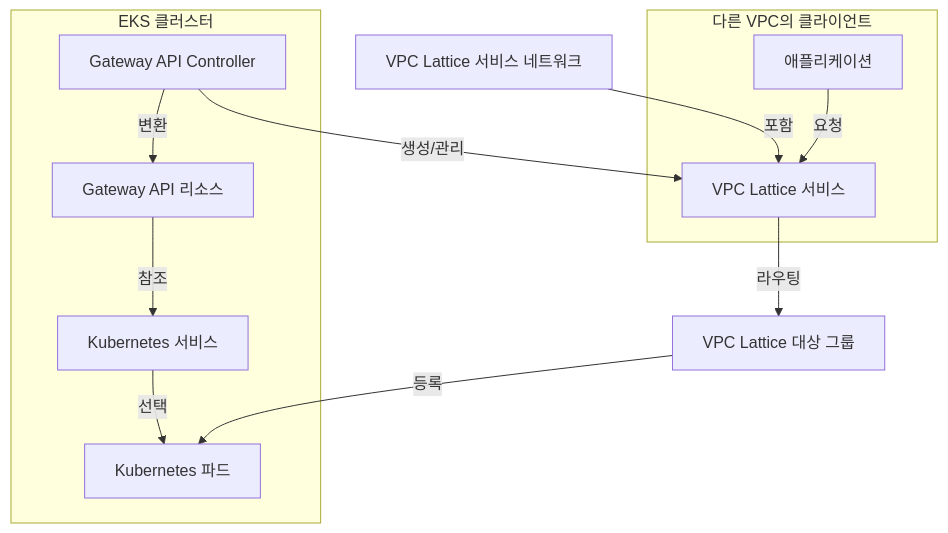
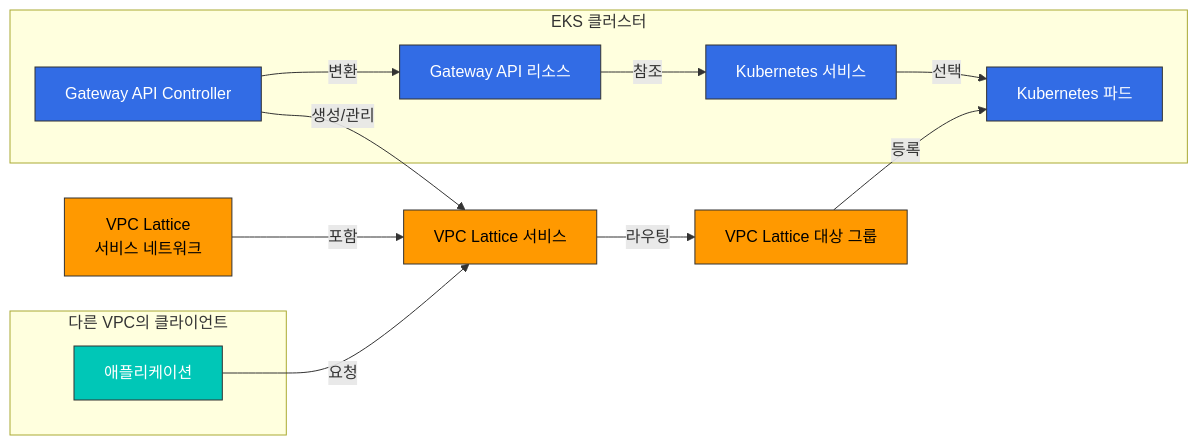
One commit to Atom-oh/kubernetes-docs changed the fourth of 4 diagrams in tools/09-vpc-lattice.md. Above: the diagram before and after it, drawn with Mermaid. The commit also changed other lines of this file and 73 other files, not shown here.

Commit message:
add diagrams

````diff
--- a/tools/09-vpc-lattice.md
+++ b/tools/09-vpc-lattice.md
@@ -239,18 +231,38 @@
 ```mermaid
-graph TD
-    subgraph "EKS 클러스터"
-        A[Gateway API Controller] -->|변환| B[Gateway API 리소스]
-        B -->|참조| C[Kubernetes 서비스]
-        C -->|선택| D[Kubernetes 파드]
+flowchart LR
+    subgraph EKS["EKS 클러스터"]
+        A[Gateway API Controller]
+        B[Gateway API 리소스]
+        C[Kubernetes 서비스]
+        D[Kubernetes 파드]
+
+        A -->|변환| B
+        B -->|참조| C
+        C -->|선택| D
     end
-    
-    A -->|생성/관리| E[VPC Lattice 서비스]
-    E -->|라우팅| F[VPC Lattice 대상 그룹]
+
+    subgraph Client["다른 VPC의 클라이언트"]
+        H[애플리케이션]
+    end
+
+    G[VPC Lattice<br/>서비스 네트워크]
+    E[VPC Lattice 서비스]
+    F[VPC Lattice 대상 그룹]
+
+    A -->|생성/관리| E
+    E -->|라우팅| F
     F -->|등록| D
-    
-    G[VPC Lattice 서비스 네트워크] -->|포함| E
-    
-    subgraph "다른 VPC의 클라이언트"
-        H[애플리케이션] -->|요청| E
-    end
+    G -->|포함| E
+    H -->|요청| E
+
+    %% 스타일 정의
+    classDef awsService fill:#FF9900,stroke:#333,stroke-width:1px,color:black;
+    classDef k8sComponent fill:#326CE5,stroke:#333,stroke-width:1px,color:white;
+    classDef userApp fill:#00C7B7,stroke:#333,stroke-width:1px,color:white;
+    classDef default fill:#f9f9f9,stroke:#333,stroke-width:1px,color:black;
+
+    %% 클래스 적용
+    class A,B,C,D k8sComponent;
+    class G,E,F awsService;
+    class H userApp;
 ```
````
